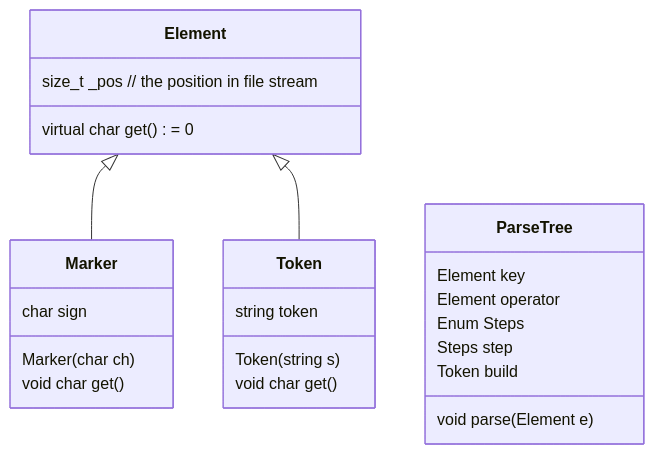
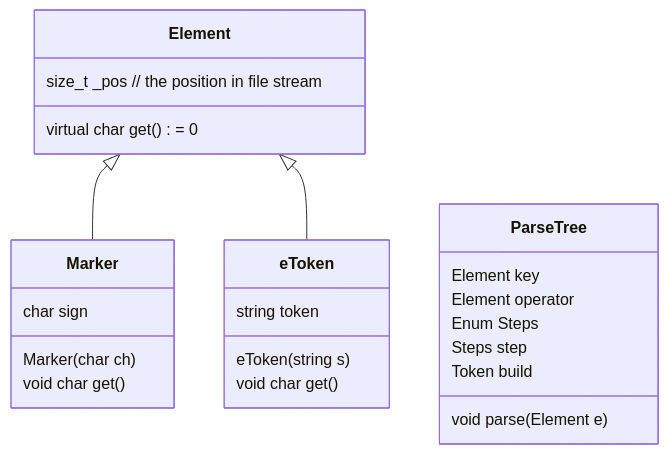
The second of 6 diagrams in modding analysis/parser build/_parser/tokenize_process.md (Supheria/FocusTree), drawn with Mermaid before and after one commit. The commit also changed other lines of this file and 13 other files, not shown here.

````diff
--- a/modding analysis/parser build/_parser/tokenize_process.md
+++ b/modding analysis/parser build/_parser/tokenize_process.md
@@ -56,29 +56,29 @@
 ```mermaid
 classDiagram
 	class Element{
 		size_t _pos // the position in file stream
 		virtual char get() = 0
 	}
 	class Marker{
 		char sign
 		Marker(char ch)
 		void char get()
 	}
-	class Token{
+	class eToken{
 		string token
-		Token(string s)
+		eToken(string s)
 		void char get()
 	}
 	direction BT
 	Marker --|> Element
-	Token --|> Element
+	eToken --|> Element
 	
 	class ParseTree{
 		Element key
 		Element operator
 		Enum Steps
 		Steps step
 		Token build
 		void parse(Element e)
 	}
 ```
````
